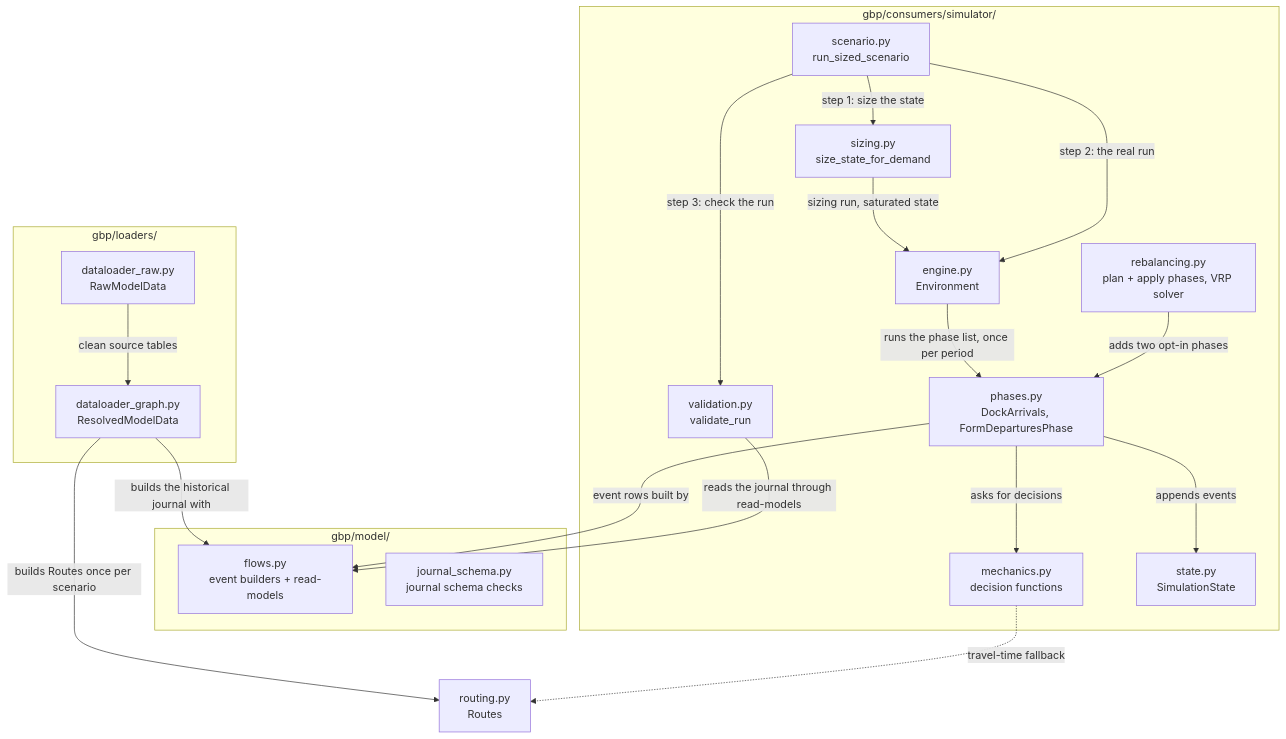
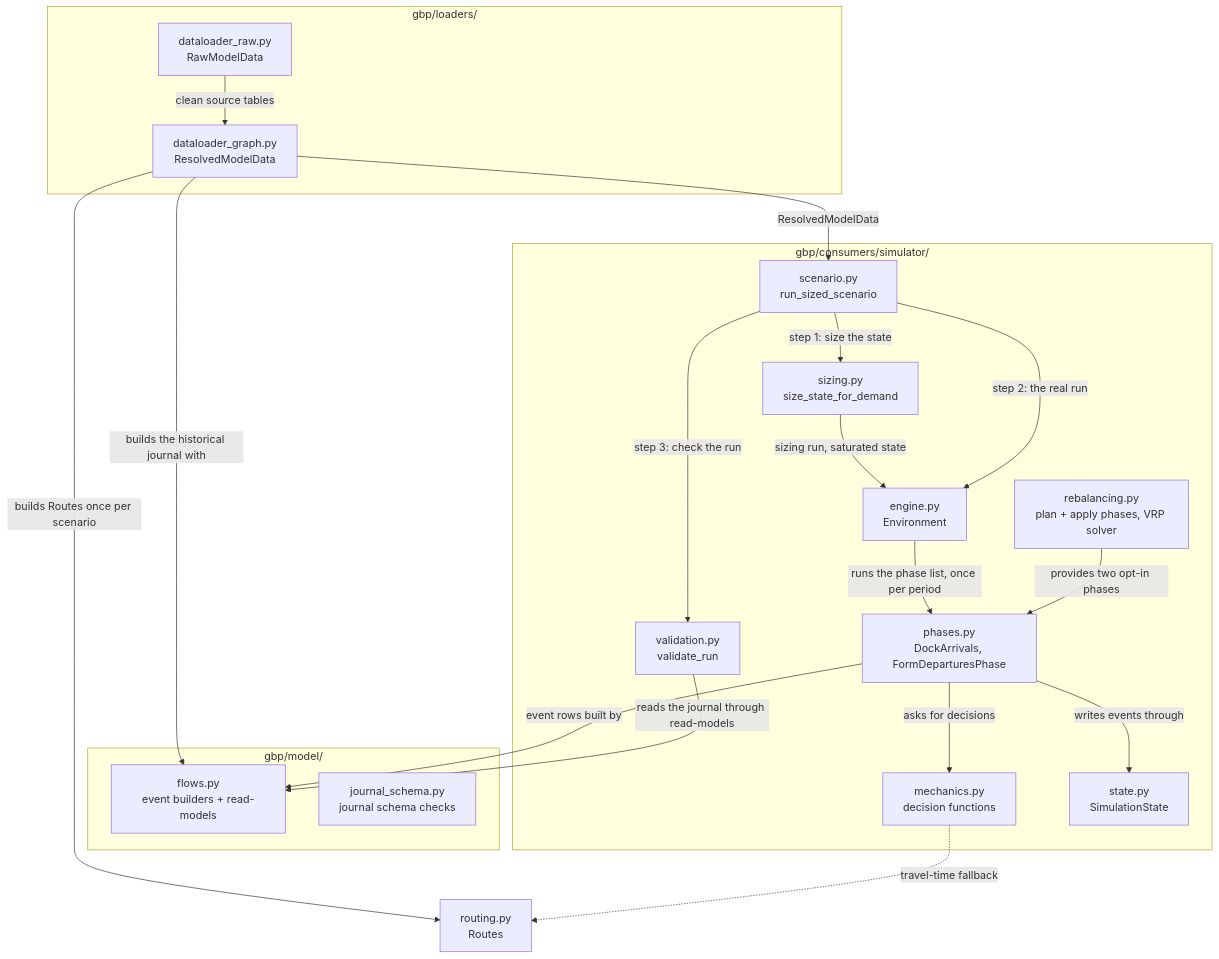
One commit to vlzm/GFDRR changed the third of 4 diagrams in docs/explanation/architecture.md. Above: the diagram before and after it, drawn with Mermaid. The commit also changed other lines of this file and 1 other file, not shown here.

First line of the commit message:
docs: enhance architecture and dataloader documentation for clarity and accuracy

````diff
--- a/docs/explanation/architecture.md
+++ b/docs/explanation/architecture.md
@@ -98,37 +105,38 @@
 ```mermaid
 flowchart TB
     subgraph loaders["gbp/loaders/"]
         raw["dataloader_raw.py<br/>RawModelData"]
         resolved["dataloader_graph.py<br/>ResolvedModelData"]
     end
     subgraph model["gbp/model/"]
         flows["flows.py<br/>event builders + read-models"]
         schema["journal_schema.py<br/>journal schema checks"]
     end
     routing["routing.py<br/>Routes"]
     subgraph sim["gbp/consumers/simulator/"]
         scenario["scenario.py<br/>run_sized_scenario"]
         sizing["sizing.py<br/>size_state_for_demand"]
         engine["engine.py<br/>Environment"]
         phases["phases.py<br/>DockArrivals, FormDeparturesPhase"]
         rebalancing["rebalancing.py<br/>plan + apply phases, VRP solver"]
         mechanics["mechanics.py<br/>decision functions"]
         state["state.py<br/>SimulationState"]
         validation["validation.py<br/>validate_run"]
     end
 
     raw -->|"clean source tables"| resolved
     resolved -->|"builds Routes once per scenario"| routing
     resolved -->|"builds the historical journal with"| flows
+    resolved -->|"ResolvedModelData"| scenario
     scenario -->|"step 1: size the state"| sizing
     sizing -->|"sizing run, saturated state"| engine
     scenario -->|"step 2: the real run"| engine
     scenario -->|"step 3: check the run"| validation
     engine -->|"runs the phase list, once per period"| phases
-    rebalancing -->|"adds two opt-in phases"| phases
+    rebalancing -->|"provides two opt-in phases"| phases
     phases -->|"asks for decisions"| mechanics
-    phases -->|"appends events"| state
+    phases -->|"writes events through"| state
     phases -->|"event rows built by"| flows
     validation -->|"reads the journal through read-models"| flows
     mechanics -.->|"travel-time fallback"| routing
 ```
````
